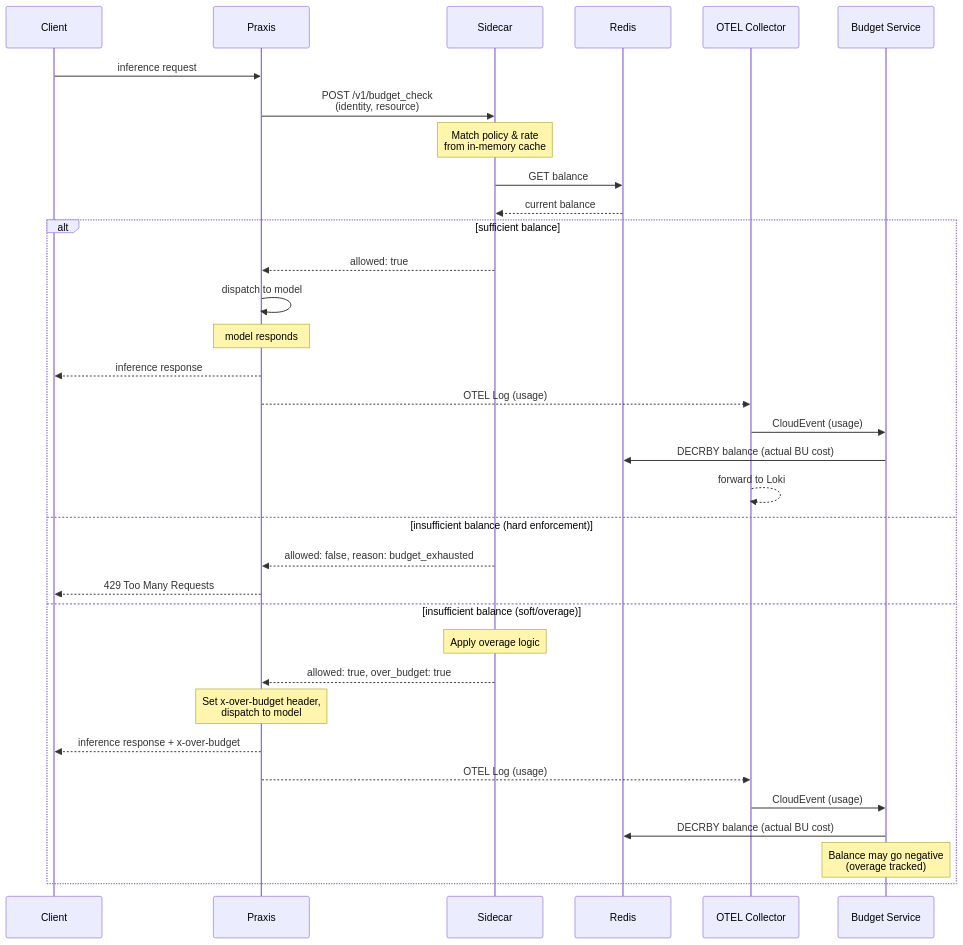
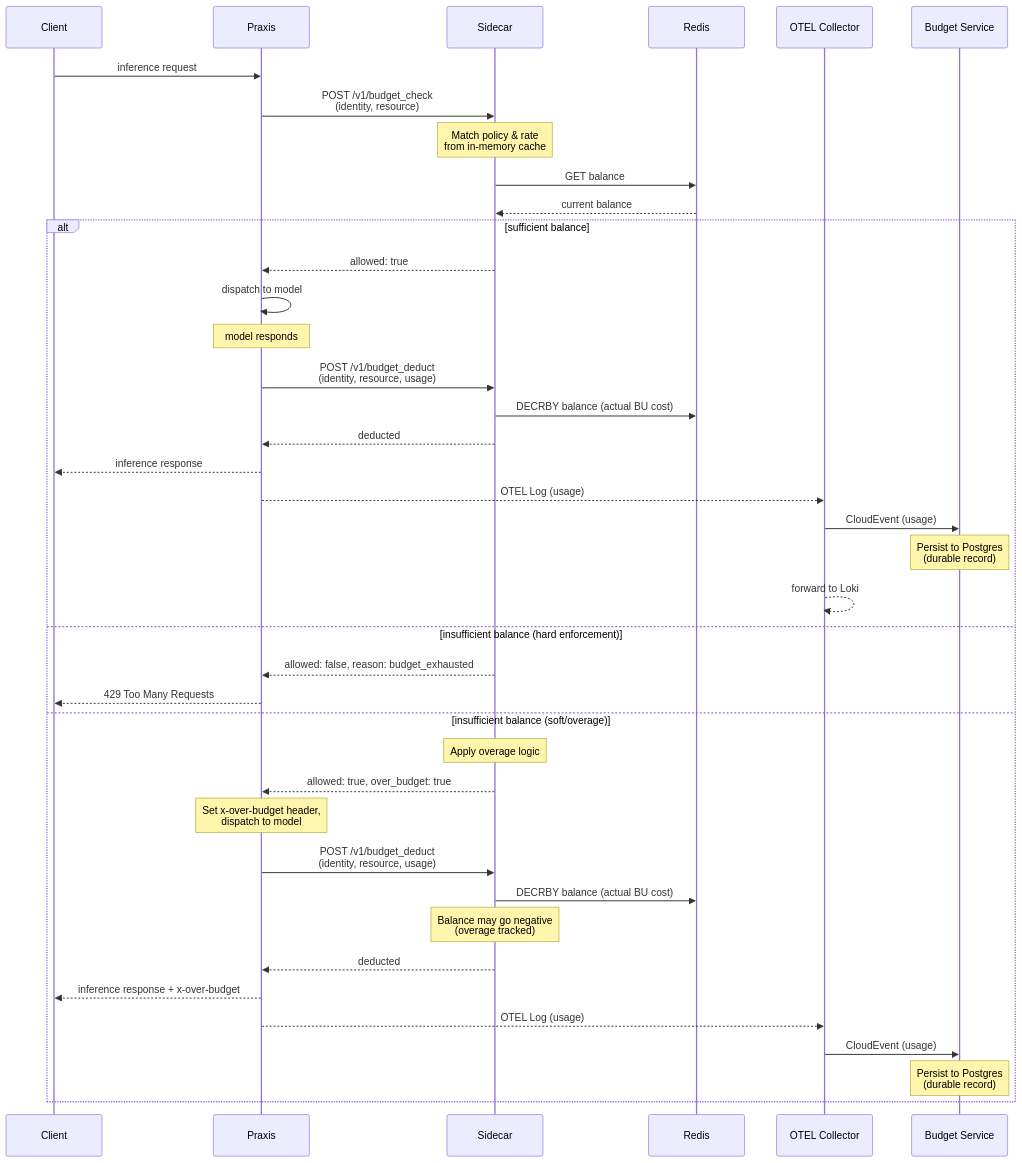
One commit to opendatahub-io/architecture-decision-records changed the second of 3 diagrams in architecture-decision-records/ai-gateway/ODH-ADR-0001-Tokenomics.md. Above: the diagram before and after it, drawn with Mermaid. The commit also changed other lines of this file, not shown here.

````diff
--- a/architecture-decision-records/ai-gateway/ODH-ADR-0001-Tokenomics.md
+++ b/architecture-decision-records/ai-gateway/ODH-ADR-0001-Tokenomics.md
@@ -100,40 +102,46 @@
 ```mermaid
 sequenceDiagram
     participant Client
     participant Praxis
     participant Sidecar
     participant Redis
     participant OTELCollector as OTEL Collector
     participant BudgetService as Budget Service
 
     Client->>Praxis: inference request
     Praxis->>Sidecar: POST /v1/budget_check<br>(identity, resource)
 
     Note over Sidecar: Match policy & rate<br>from in-memory cache
 
     Sidecar->>Redis: GET balance
     Redis-->>Sidecar: current balance
 
     alt sufficient balance
         Sidecar-->>Praxis: allowed: true
         Praxis->>Praxis: dispatch to model
         Note over Praxis: model responds
+        Praxis->>Sidecar: POST /v1/budget_deduct<br>(identity, resource, usage)
+        Sidecar->>Redis: DECRBY balance (actual BU cost)
+        Sidecar-->>Praxis: deducted
         Praxis-->>Client: inference response
         Praxis-->>OTELCollector: OTEL Log (usage)
         OTELCollector->>BudgetService: CloudEvent (usage)
-        BudgetService->>Redis: DECRBY balance (actual BU cost)
+        Note over BudgetService: Persist to Postgres<br>(durable record)
         OTELCollector-->>OTELCollector: forward to Loki
     else insufficient balance (hard enforcement)
         Sidecar-->>Praxis: allowed: false, reason: budget_exhausted
         Praxis-->>Client: 429 Too Many Requests
     else insufficient balance (soft/overage)
         Note over Sidecar: Apply overage logic
         Sidecar-->>Praxis: allowed: true, over_budget: true
         Note over Praxis: Set x-over-budget header,<br>dispatch to model
+        Praxis->>Sidecar: POST /v1/budget_deduct<br>(identity, resource, usage)
+        Sidecar->>Redis: DECRBY balance (actual BU cost)
+        Note over Sidecar: Balance may go negative<br>(overage tracked)
+        Sidecar-->>Praxis: deducted
         Praxis-->>Client: inference response + x-over-budget
         Praxis-->>OTELCollector: OTEL Log (usage)
         OTELCollector->>BudgetService: CloudEvent (usage)
-        BudgetService->>Redis: DECRBY balance (actual BU cost)
-        Note over BudgetService: Balance may go negative<br>(overage tracked)
+        Note over BudgetService: Persist to Postgres<br>(durable record)
     end
 ```
````
